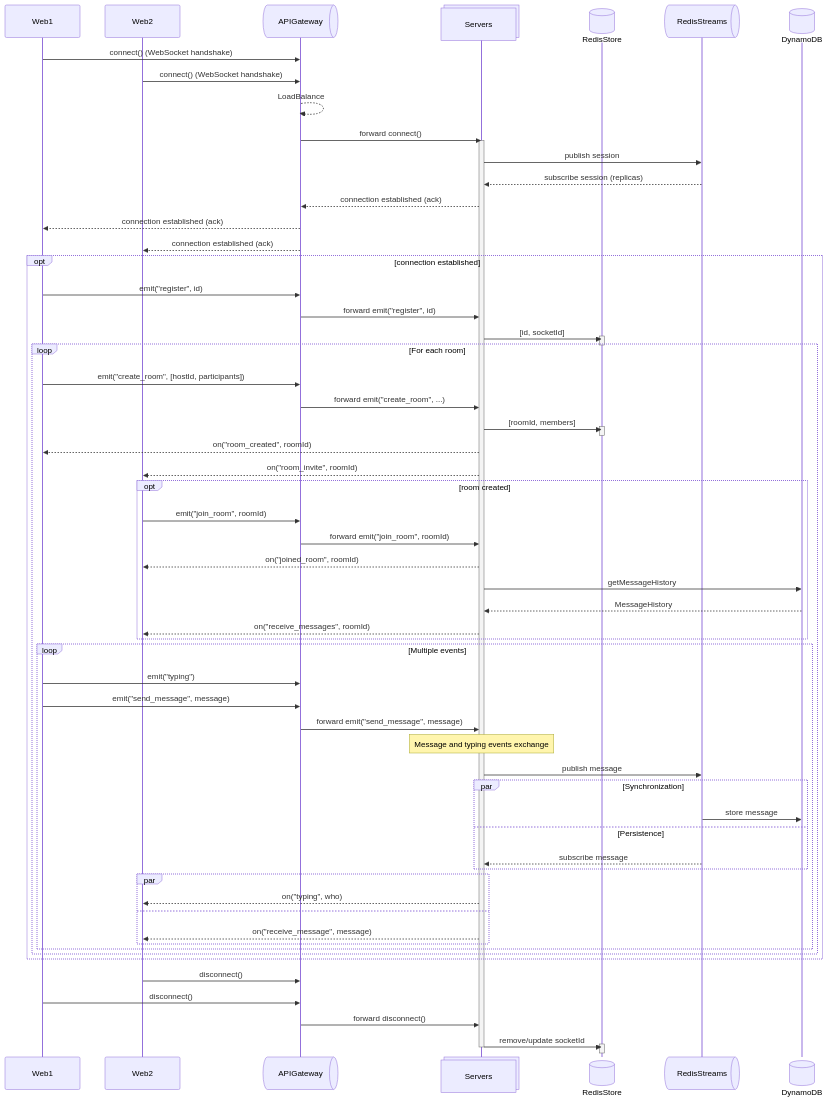
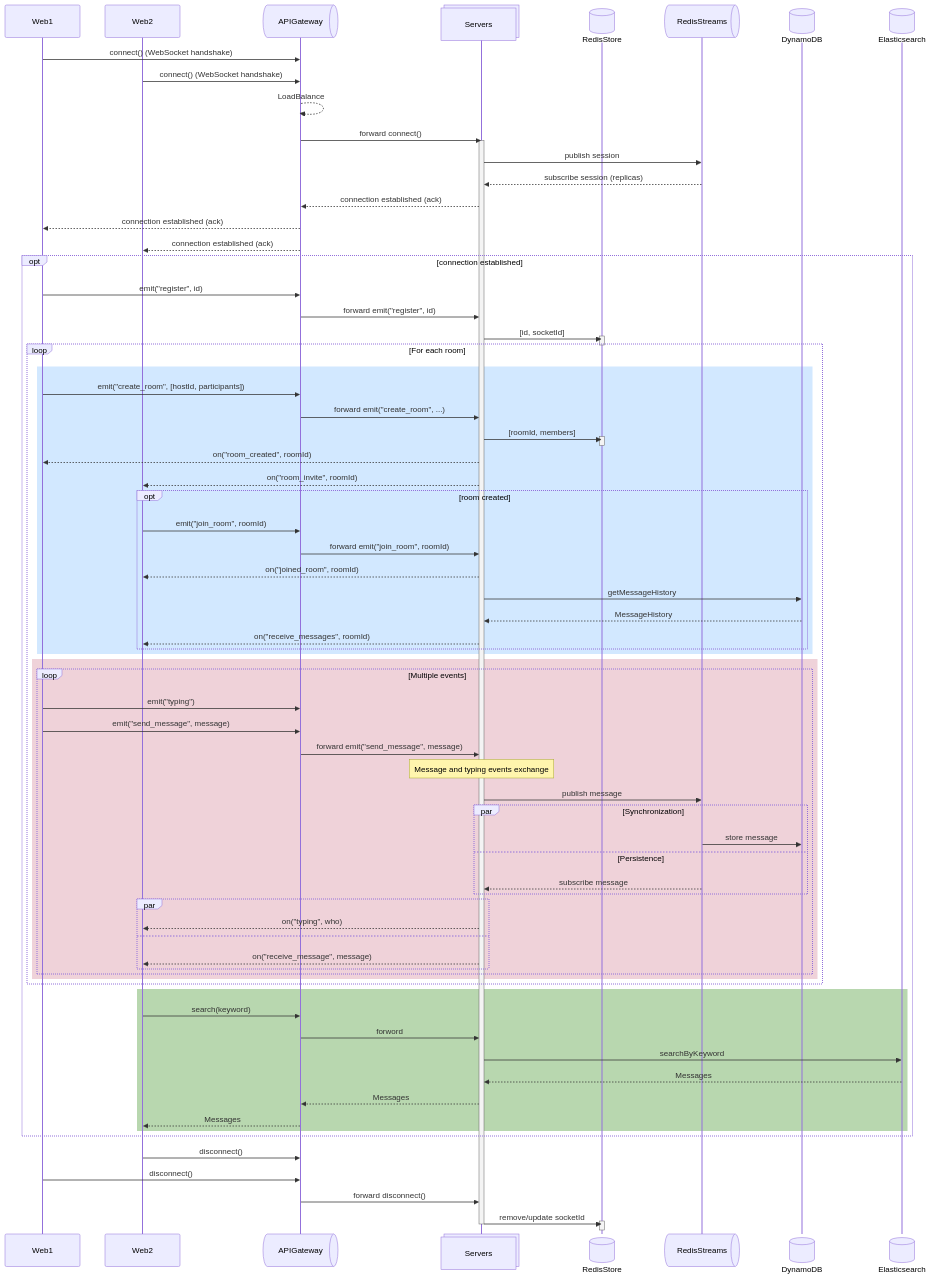
One commit to NarciSource/Chat-Socket.IO changed the second of 2 diagrams in README.md. Above: the diagram before and after it, drawn with Mermaid. The commit also changed other lines of this file, not shown here.

Commit message:
docs: README.md 데모 업데이트

```diff
--- a/README.md
+++ b/README.md
@@ -141,6 +153,7 @@
   participant RedisStore@{ "type": "database" }
   participant RedisStreams@{ "type" : "queue" }
   participant DynamoDB@{ "type" : "database" }
+  participant Elasticsearch@{ "type" : "database" }
 
   %% 1. 연결 단계
   Web1 ->> APIGateway: connect() (WebSocket handshake)
@@ -171,52 +184,65 @@
 
     %% 3. 여러 방 생성 시나리오
     loop For each room
-      Web1 ->> APIGateway: emit("create_room", [hostId, participants])
-      APIGateway ->> Servers: forward emit("create_room", ...)
+      rect rgb(191, 223, 255, 0.7)
+        Web1 ->> APIGateway: emit("create_room", [hostId, participants])
+        APIGateway ->> Servers: forward emit("create_room", ...)
 
-      %% 데이터베이스 저장
-      Servers ->> RedisStore: [roomId, members]
-      activate RedisStore
-      deactivate RedisStore
+        %% 데이터베이스 저장
+        Servers ->> RedisStore: [roomId, members]
+        activate RedisStore
+        deactivate RedisStore
 
-      Servers -->> Web1: on("room_created", roomId)
-      Servers -->> Web2: on("room_invite", roomId)
+        Servers -->> Web1: on("room_created", roomId)
+        Servers -->> Web2: on("room_invite", roomId)
 
-      opt room created
-        %% 3-1. 방 참가
-        Web2 ->> APIGateway: emit("join_room", roomId)
-        APIGateway ->> Servers: forward emit("join_room", roomId)
-        Servers -->> Web2: on("joined_room", roomId)
+        opt room created
+          %% 3-1. 방 참가
+          Web2 ->> APIGateway: emit("join_room", roomId)
+          APIGateway ->> Servers: forward emit("join_room", roomId)
+          Servers -->> Web2: on("joined_room", roomId)
 
-        %% 메시지 기록 불러오기
-        Servers ->> DynamoDB: getMessageHistory
-        DynamoDB -->> Servers: MessageHistory
-        Servers -->> Web2: on("receive_messages", roomId)
+          %% 메시지 기록 불러오기
+          Servers ->> DynamoDB: getMessageHistory
+          DynamoDB -->> Servers: MessageHistory
+          Servers -->> Web2: on("receive_messages", roomId)
+        end
       end
 
       %% 4. 메시지 교환 & 타이핑 알림
-      loop Multiple events
-        Web1 ->> APIGateway: emit("typing")
-        Web1 ->> APIGateway: emit("send_message", message)
-        APIGateway ->> Servers: forward emit("send_message", message)
+      rect rgb(233, 191, 201, 0.7)
+        loop Multiple events
+          Web1 ->> APIGateway: emit("typing")
+          Web1 ->> APIGateway: emit("send_message", message)
+          APIGateway ->> Servers: forward emit("send_message", message)
 
-        %% RedisStreams Pub/Sub로 이벤트/세션 동기화
-        note over Servers: Message and typing events exchange
-        Servers ->> RedisStreams: publish message
+          %% RedisStreams Pub/Sub로 이벤트/세션 동기화
+          note over Servers: Message and typing events exchange
+          Servers ->> RedisStreams: publish message
 
-        %% 4-1. 영속성 저장
-        par Synchronization
-          RedisStreams ->> DynamoDB: store message
-        and Persistence
-          RedisStreams -->> Servers: subscribe message
-        end
+          %% 4-1. 영속성 저장
+          par Synchronization
+            RedisStreams ->> DynamoDB: store message
+          and Persistence
+            RedisStreams -->> Servers: subscribe message
+          end
 
-        par
-          Servers -->> Web2: on("typing", who)
-        and
-          Servers -->> Web2: on("receive_message", message)
+          par
+            Servers -->> Web2: on("typing", who)
+          and
+            Servers -->> Web2: on("receive_message", message)
+          end
         end
       end
+    end
+
+    rect rgba(155, 198, 142, 0.7)
+      Web2 ->> APIGateway: search(keyword)
+      APIGateway ->> Servers: forword
+      Servers ->> Elasticsearch: searchByKeyword
+      Elasticsearch -->> Servers: Messages
+      Servers -->> APIGateway: Messages
+      APIGateway -->> Web2: Messages
     end
   end
 
```
